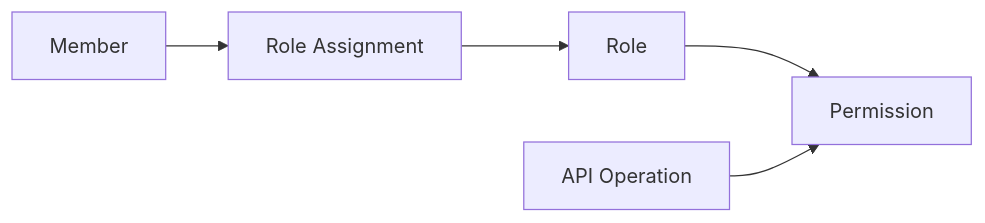
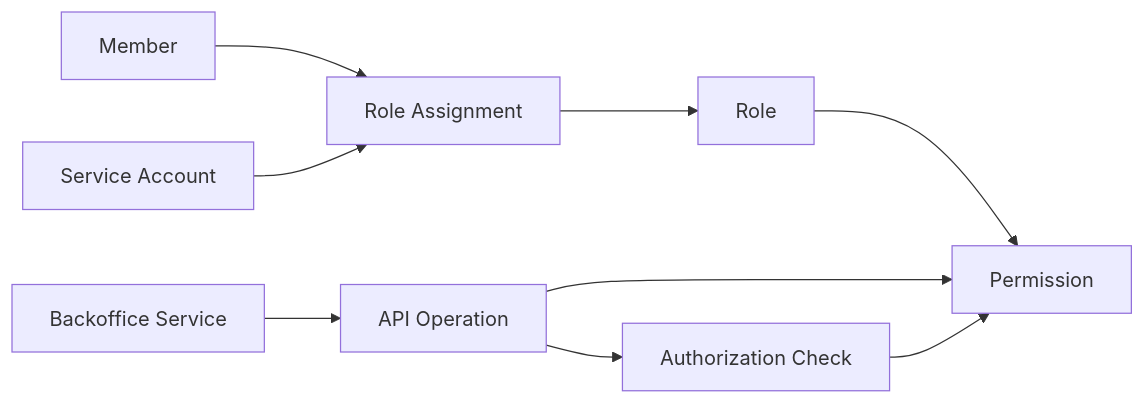
Before and after one commit to panaC/edrlab-backoffice-auth-study: the diagram in docs/wiki/05-rbac.md, drawn with Mermaid. The commit also changed other lines of this file and 3 other files, not shown here.

````diff
--- a/docs/wiki/05-rbac.md
+++ b/docs/wiki/05-rbac.md
@@ -26,13 +60,20 @@
 ```mermaid
 flowchart LR
     Member["Member"]
+    ServiceAccount["Service Account"]
     Assignment["Role Assignment"]
     Role["Role"]
     Permission["Permission"]
+    Service["Backoffice Service"]
     Operation["API Operation"]
+    Check["Authorization Check"]
 
     Member --> Assignment
+    ServiceAccount --> Assignment
     Assignment --> Role
     Role --> Permission
+    Service --> Operation
     Operation --> Permission
+    Operation --> Check
+    Check --> Permission
 ```
````
